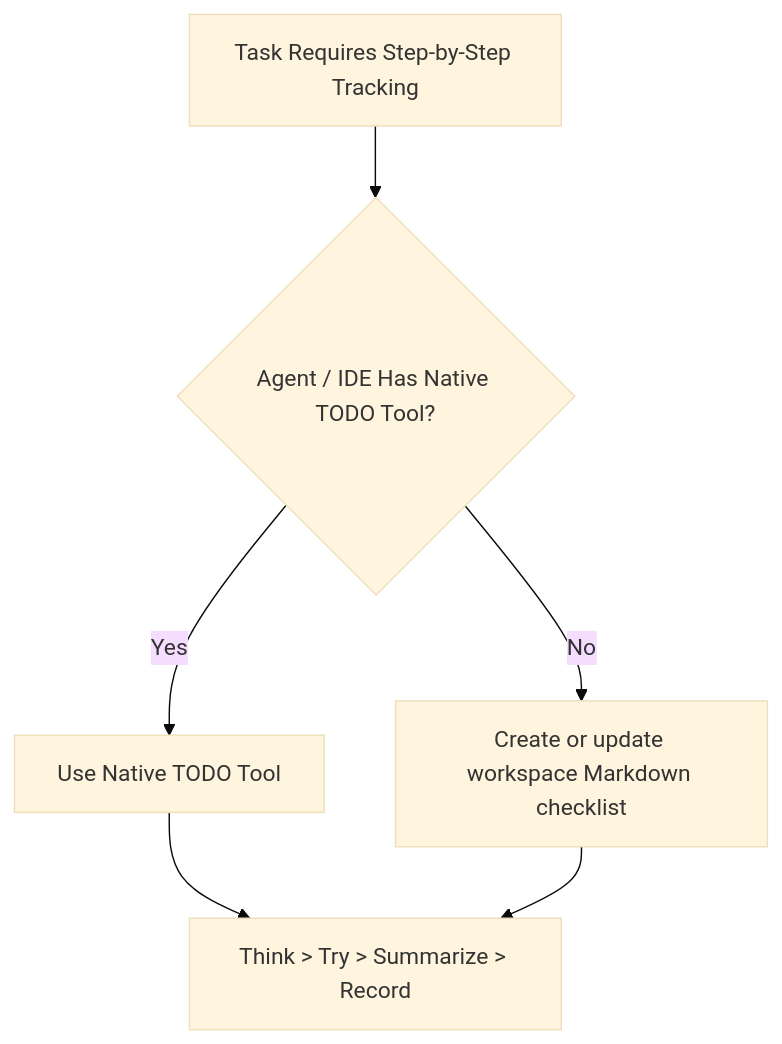
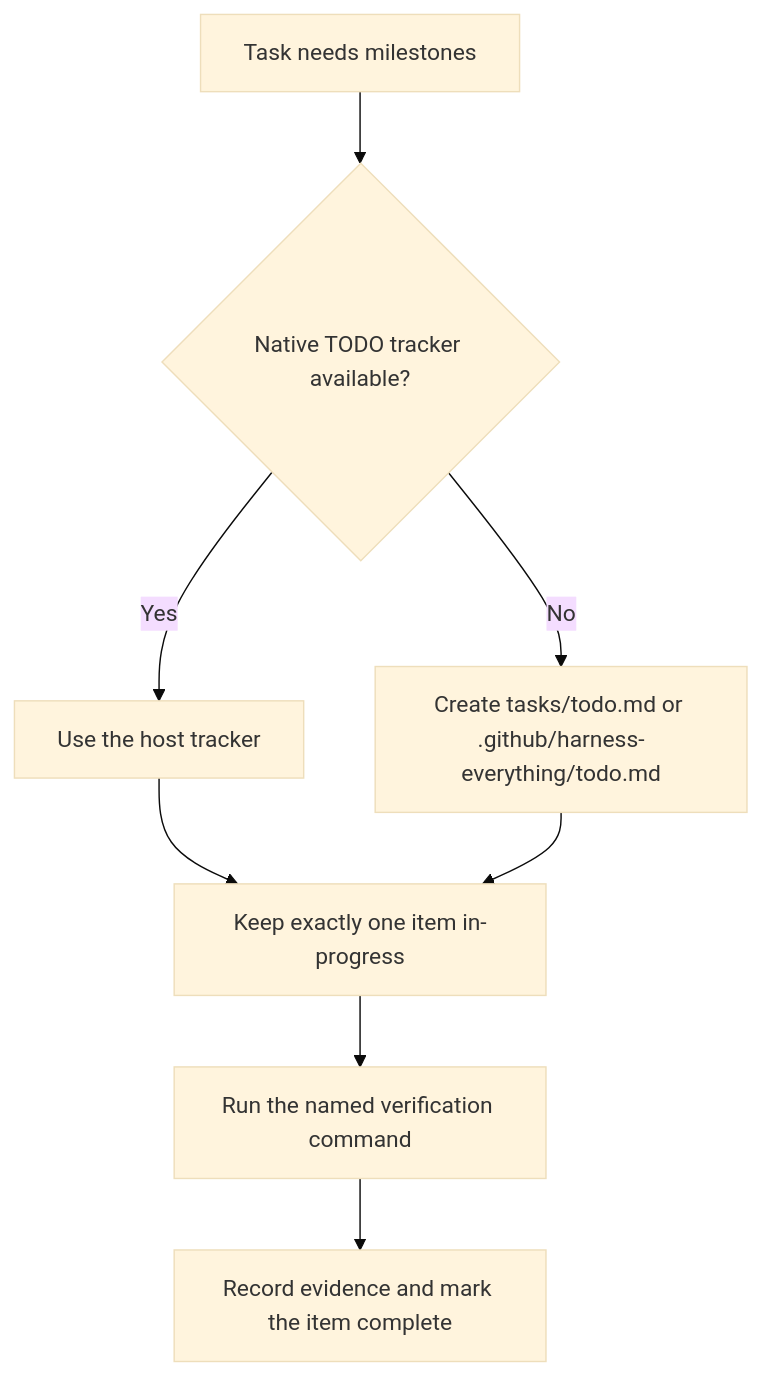
Before and after one commit to dyphn1/Harness-everything: the diagram in todo-driven-workflow/references/execution-guide.md, drawn with Mermaid (base theme). The commit also changed other lines of this file and 47 other files, not shown here.

````diff
--- a/todo-driven-workflow/references/execution-guide.md
+++ b/todo-driven-workflow/references/execution-guide.md
@@ -5,8 +5,10 @@
 ```mermaid
 flowchart TD
-    Start[Task Requires Step-by-Step Tracking] --> CheckNativeTool{Agent / IDE Has Native TODO Tool?}
-    CheckNativeTool -- Yes --> UseNative[Use Native TODO Tool]
-    CheckNativeTool -- No --> FileFallback[Create or update workspace Markdown checklist]
-    UseNative --> Loop[Think > Try > Summarize > Record]
-    FileFallback --> Loop
+  Start[Task needs milestones] --> Native{Native TODO tracker available?}
+  Native -->|Yes| Host[Use the host tracker]
+  Native -->|No| Markdown[Create tasks/todo.md or .github/harness-everything/todo.md]
+  Host --> One[Keep exactly one item in-progress]
+  Markdown --> One
+  One --> Check[Run the named verification command]
+  Check --> Record[Record evidence and mark the item complete]
 ```
````
